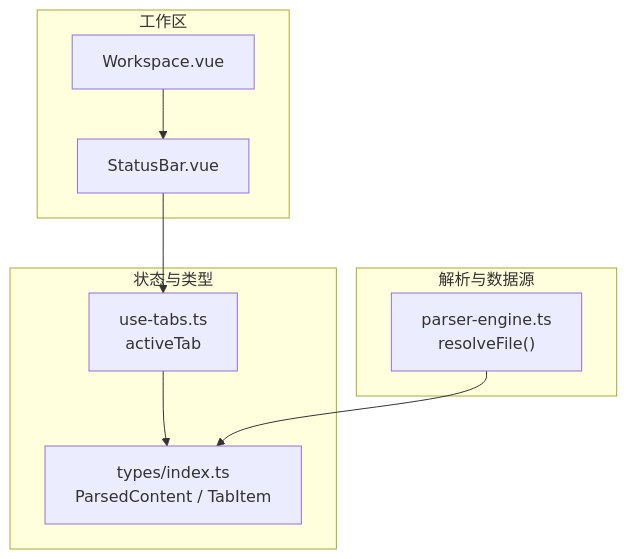
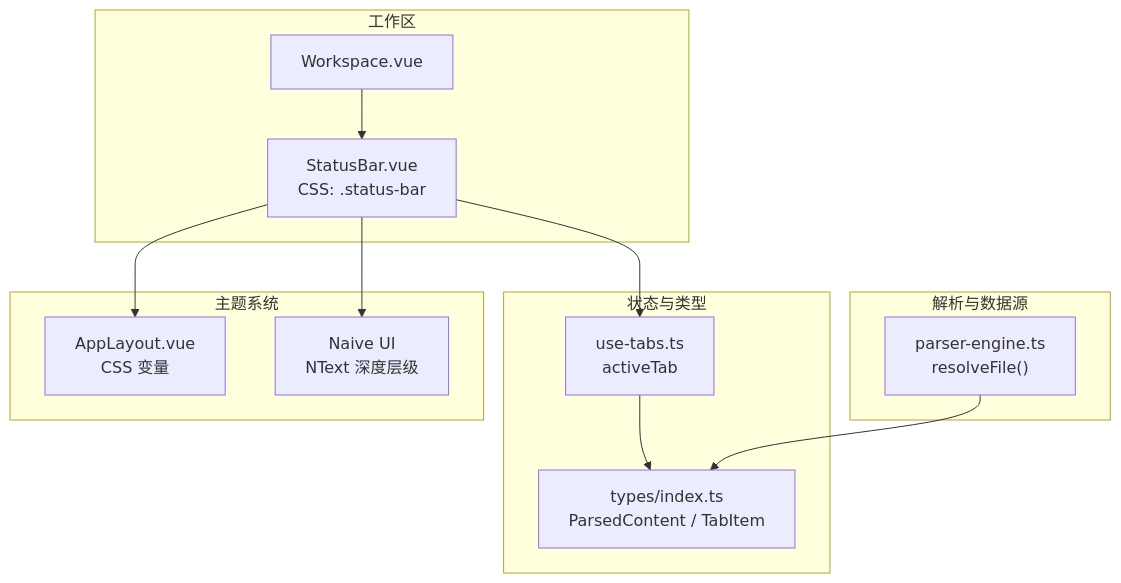
Before and after one commit to taoweidong/Hello-Tauri: the first of 4 diagrams in .qoder/repowiki/zh/content/用户界面/核心组件/工作区组件/状态栏组件.md, drawn with Mermaid. The commit also changed other lines of this file and 14 other files, not shown here.

````diff
--- a/.qoder/repowiki/zh/content/用户界面/核心组件/工作区组件/状态栏组件.md
+++ b/.qoder/repowiki/zh/content/用户界面/核心组件/工作区组件/状态栏组件.md
@@ -35,18 +45,24 @@
 ```mermaid
 graph TB
 subgraph "工作区"
 WS["Workspace.vue"]
-SB["StatusBar.vue"]
+SB["StatusBar.vue<br/>CSS: .status-bar"]
 end
 subgraph "状态与类型"
 TABS["use-tabs.ts<br/>activeTab"]
 TYPES["types/index.ts<br/>ParsedContent / TabItem"]
 end
 subgraph "解析与数据源"
 PE["parser-engine.ts<br/>resolveFile()"]
 end
+subgraph "主题系统"
+THEME["AppLayout.vue<br/>CSS 变量"]
+UI["Naive UI<br/>NText 深度层级"]
+end
 WS --> SB
 SB --> TABS
 TABS --> TYPES
 PE --> TYPES
+SB --> THEME
+SB --> UI
 ```
````
